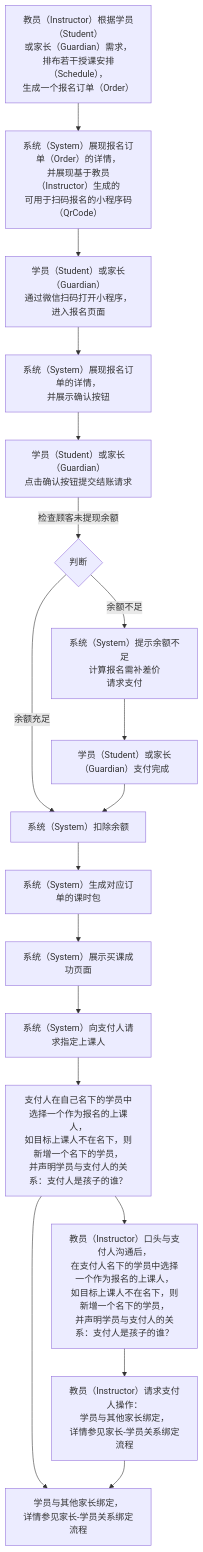
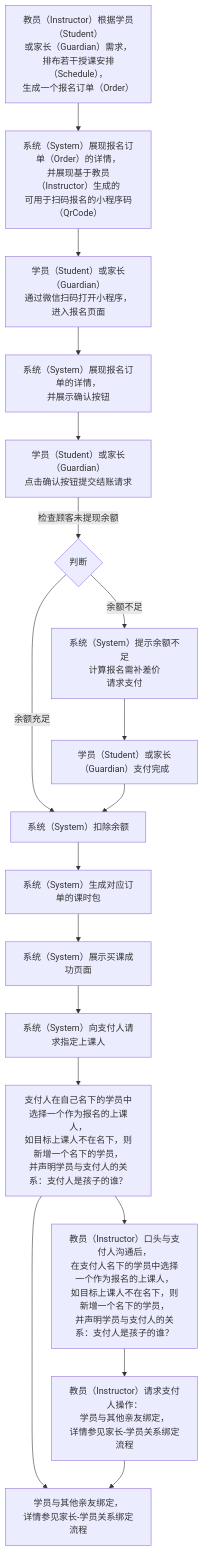
Before and after one commit to world-wide-web/sign: the diagram in 用例/报名.md, drawn with Mermaid. The commit also changed other lines of this file, not shown here.

````diff
--- a/用例/报名.md
+++ b/用例/报名.md
@@ -7,53 +7,53 @@
 ```mermaid
 graph TD
 
 生成报名订单-->生成报名码
 生成报名码-->扫码报名
 扫码报名-->展现报名订单
 展现报名订单-->确认并提交结账请求
 确认并提交结账请求--检查顾客未提现余额-->检查顾客未提现余额
 检查顾客未提现余额--余额充足-->扣除余额
 检查顾客未提现余额--余额不足-->请求支付
 请求支付-->支付完成
 支付完成-->扣除余额
 扣除余额-->生成课时包
 生成课时包-->提示买课成功
 提示买课成功-->请求身份声明
 请求身份声明-->指定上课人
 指定上课人-->教员代理身份声明
 教员代理身份声明-->请求绑定学员与其他家长
 指定上课人-->学员与其他家长绑定
 请求绑定学员与其他家长-->学员与其他家长绑定
 
 生成报名订单["<center>教员（Instructor）根据学员（Student）<br>或家长（Guardian）需求，<br>排布若干授课安排（Schedule），<br>生成一个报名订单（Order）</center>"]
 
 生成报名码["<center>系统（System）展现报名订单（Order）的详情，<br>并展现基于教员（Instructor）生成的<br>可用于扫码报名的小程序码（QrCode）</center>"]
 
 扫码报名["<center>学员（Student）或家长（Guardian）<br>通过微信扫码打开小程序，进入报名页面</center>"]
 
 展现报名订单["<center>系统（System）展现报名订单的详情，<br>并展示确认按钮</center>"]
 
 确认并提交结账请求["<center>学员（Student）或家长（Guardian）<br>点击确认按钮提交结账请求</center>"]
 
 检查顾客未提现余额{判断}
 
 请求支付["<center>系统（System）提示余额不足<br>计算报名需补差价<br>请求支付</center>"]
 
 支付完成["<center>学员（Student）或家长（Guardian）支付完成</center>"]
 
 扣除余额["<center>系统（System）扣除余额</center>"]
 
 生成课时包["<center>系统（System）生成对应订单的课时包</center>"]
 
 提示买课成功["<center>系统（System）展示买课成功页面</center>"]
 
 请求身份声明["<center>系统（System）向支付人请求指定上课人</center>"]
 
 指定上课人["<center>支付人在自己名下的学员中选择一个作为报名的上课人，<br>如目标上课人不在名下，则新增一个名下的学员，<br>并声明学员与支付人的关系：支付人是孩子的谁？</center>"]
 
 教员代理身份声明["<center>教员（Instructor）口头与支付人沟通后，<br>在支付人名下的学员中选择一个作为报名的上课人，<br>如目标上课人不在名下，则新增一个名下的学员，<br>并声明学员与支付人的关系：支付人是孩子的谁？</center>"]
 
-请求绑定学员与其他家长["<center>教员（Instructor）请求支付人操作：<br>学员与其他家长绑定，<br>详情参见家长-学员关系绑定流程</center>"]
+请求绑定学员与其他家长["<center>教员（Instructor）请求支付人操作：<br>学员与其他亲友绑定，<br>详情参见家长-学员关系绑定流程</center>"]
 
-学员与其他家长绑定["<center>学员与其他家长绑定，<br>详情参见家长-学员关系绑定流程</center>"]
+学员与其他家长绑定["<center>学员与其他亲友绑定，<br>详情参见家长-学员关系绑定流程</center>"]
 ```
````
